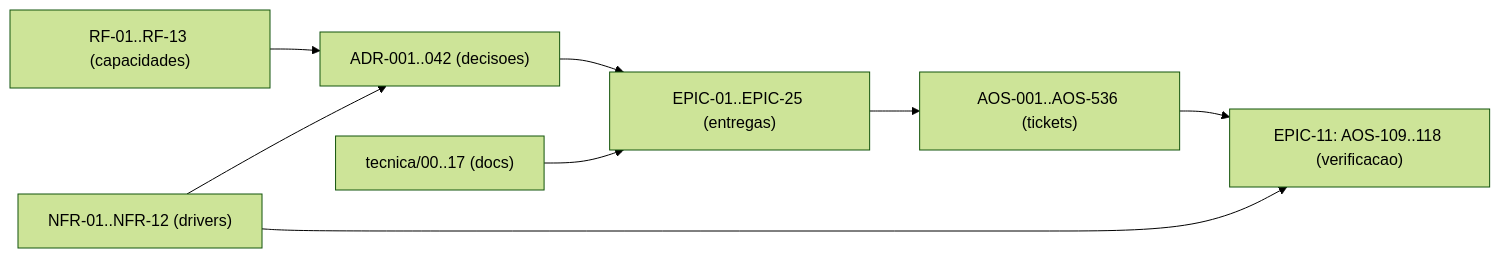
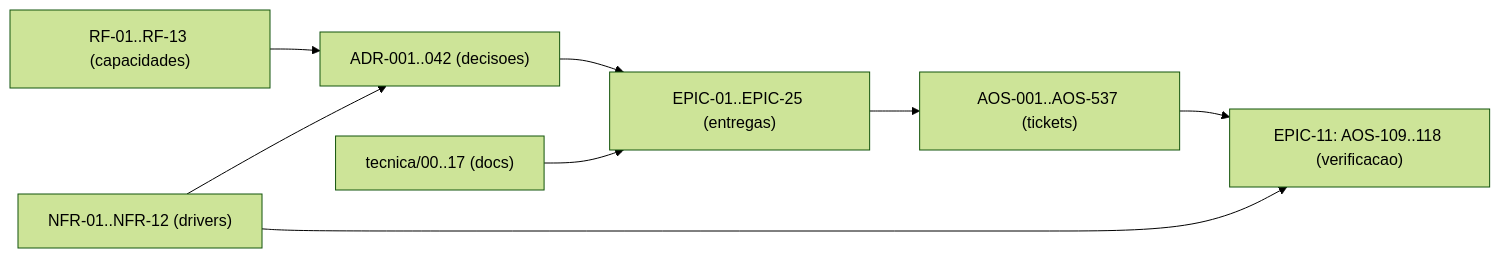
One commit to albinoJimy/aos changed the diagram in tecnica/16_Rastreabilidade_RTM.md. Above: the diagram before and after it, drawn with Mermaid (forest theme). The commit also changed other lines of this file and 20 other files, not shown here.

````diff
--- a/tecnica/16_Rastreabilidade_RTM.md
+++ b/tecnica/16_Rastreabilidade_RTM.md
@@ -211,10 +211,10 @@
 ```mermaid
 flowchart LR
     RF["RF-01..RF-13 (capacidades)"] --> ADR["ADR-001..042 (decisoes)"]
     NFR["NFR-01..NFR-12 (drivers)"] --> ADR
     ADR --> EPIC["EPIC-01..EPIC-25 (entregas)"]
-    EPIC --> TICK["AOS-001..AOS-536 (tickets)"]
+    EPIC --> TICK["AOS-001..AOS-537 (tickets)"]
     DOC["tecnica/00..17 (docs)"] --> EPIC
     TICK --> TEST["EPIC-11: AOS-109..118 (verificacao)"]
     NFR --> TEST
 ```
````
